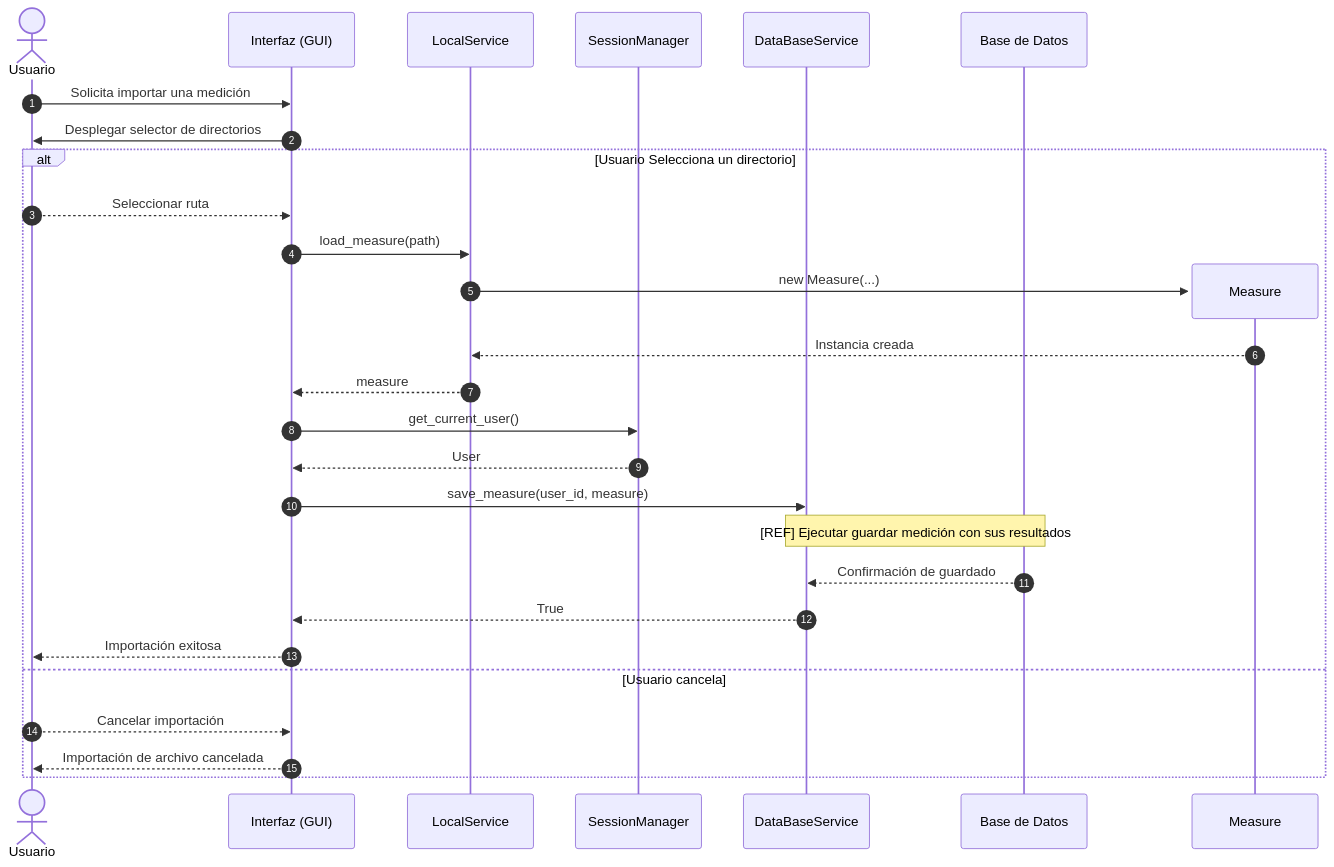
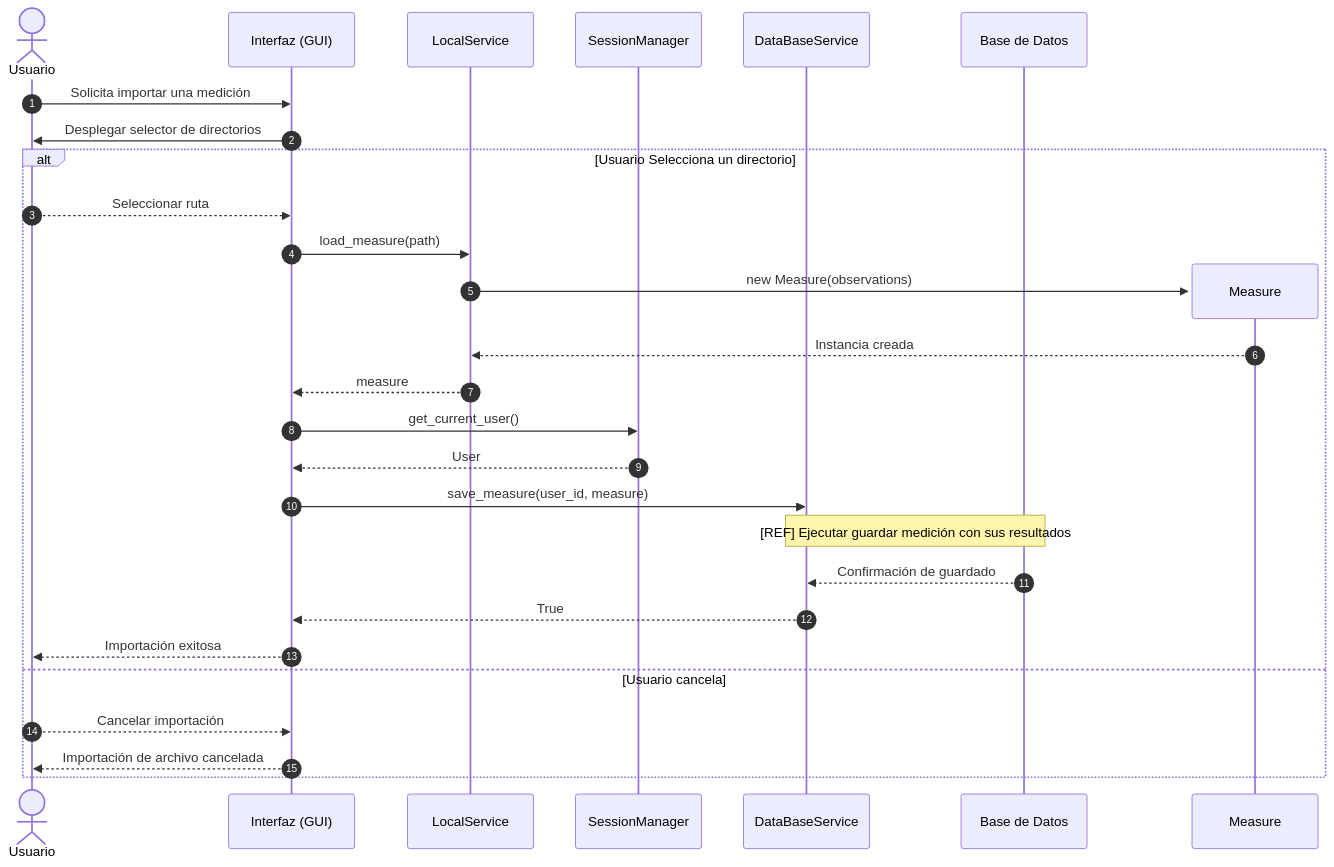
Before and after one commit to alegrelias/Repo-GMini: the eighth of 13 diagrams in Gmini-MarkDown/Diagramas/Diagramas de Secuencia.md, drawn with Mermaid.

Commit message:
Se agrega diagrama de secuencia

````diff
--- a/Gmini-MarkDown/Diagramas/Diagramas de Secuencia.md
+++ b/Gmini-MarkDown/Diagramas/Diagramas de Secuencia.md
@@ -257,33 +257,33 @@
 ```mermaid
 sequenceDiagram
 autonumber
 
 actor U as Usuario
 participant G as Interfaz (GUI)
 participant local as LocalService
 participant session as SessionManager
 participant dbs as DataBaseService
 participant db as Base de Datos
 
 U->>G: Solicita importar una medición
 
 G->>U: Desplegar selector de directorios
 	alt Usuario Selecciona un directorio
 		U-->>G: Seleccionar ruta
 		G->>local: load_measure(path)
 		create participant M as Measure
-		local->>M: new Measure(...)
+		local->>M: new Measure(observations)
 		M-->>local: Instancia creada
 		local-->>G: measure
 		G->>session: get_current_user()
 			session-->>G: User
 			G->>dbs: save_measure(user_id, measure)
 			Note over dbs, db: [REF] Ejecutar guardar medición con sus resultados
 			db-->>dbs: Confirmación de guardado
 			dbs-->>G: True
 			G-->>U: Importación exitosa
 	else Usuario cancela
 		U-->>G: Cancelar importación
 		G-->>U: Importación de archivo cancelada
 	end
 ```
````
